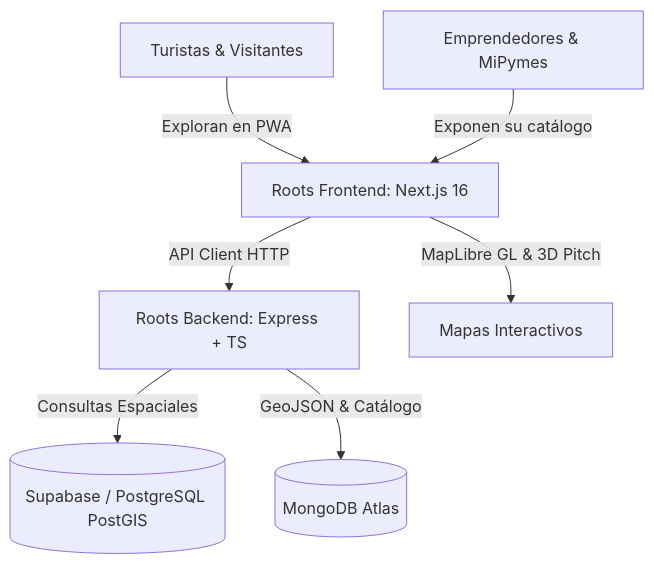
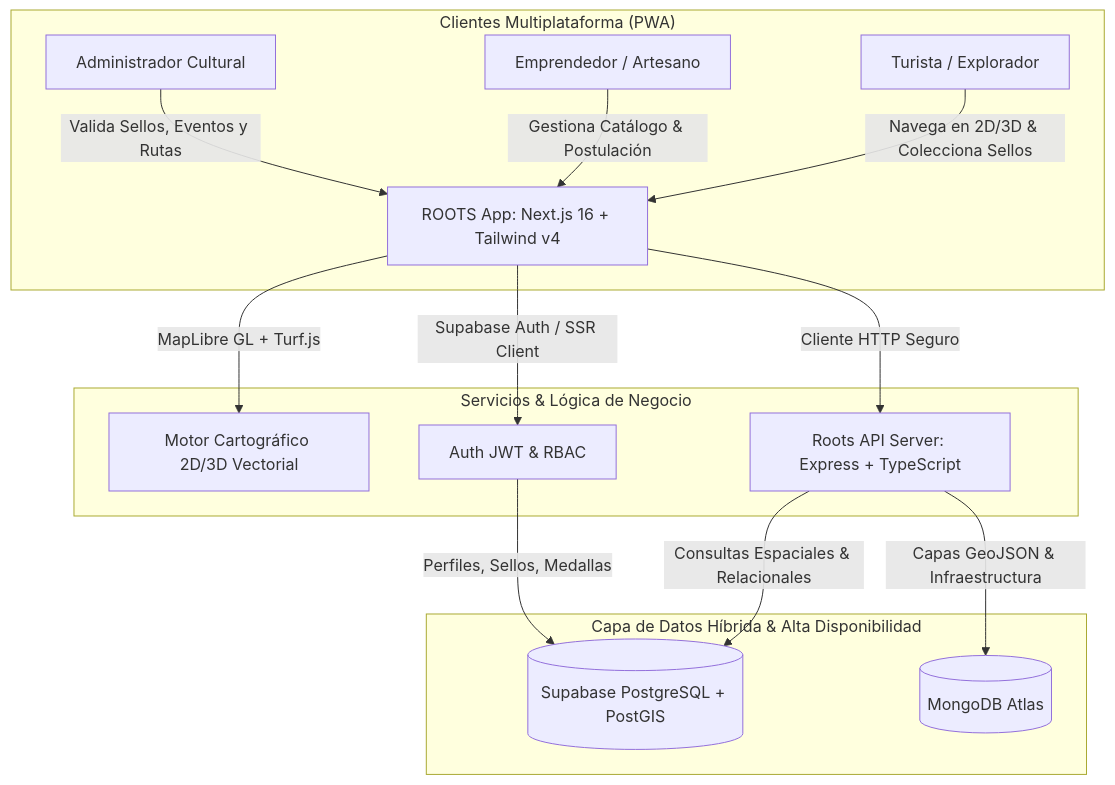
Before and after one commit to Hanzaza/Hackathon: the first of 2 diagrams in README.md, drawn with Mermaid. The commit also changed other lines of this file and 1 other file, not shown here.

Commit message:
add frontend README and update root project documentation with updated tech stack details

````diff
--- a/README.md
+++ b/README.md
@@ -47,9 +50,20 @@
 ```mermaid
 graph TD
-    A[Turistas & Visitantes] -->|Exploran en PWA| B[Roots Frontend: Next.js 16]
-    C[Emprendedores & MiPymes] -->|Exponen su catálogo| B
-    B -->|API Client HTTP| D[Roots Backend: Express + TS]
-    D -->|Consultas Espaciales| E[(Supabase / PostgreSQL PostGIS)]
-    D -->|GeoJSON & Catálogo| F[(MongoDB Atlas)]
-    B -->|MapLibre GL & 3D Pitch| G[Mapas Interactivos]
+    subgraph "Clientes Multiplataforma (PWA)"
+        A[Turista / Explorador] -->|Navega en 2D/3D & Colecciona Sellos| Web[ROOTS App: Next.js 16 + Tailwind v4]
+        B[Emprendedor / Artesano] -->|Gestiona Catálogo & Postulación| Web
+        C[Administrador Cultural] -->|Valida Sellos, Eventos y Rutas| Web
+    end
+
+    subgraph "Servicios & Lógica de Negocio"
+        Web -->|MapLibre GL + Turf.js| Map[Motor Cartográfico 2D/3D Vectorial]
+        Web -->|Cliente HTTP Seguro| API[Roots API Server: Express + TypeScript]
+        Web -->|Supabase Auth / SSR Client| Auth[Auth JWT & RBAC]
+    end
+
+    subgraph "Capa de Datos Híbrida & Alta Disponibilidad"
+        API -->|Consultas Espaciales & Relacionales| PG[(Supabase PostgreSQL + PostGIS)]
+        API -->|Capas GeoJSON & Infraestructura| Mongo[(MongoDB Atlas)]
+        Auth -->|Perfiles, Sellos, Medallas| PG
+    end
 ```
````
